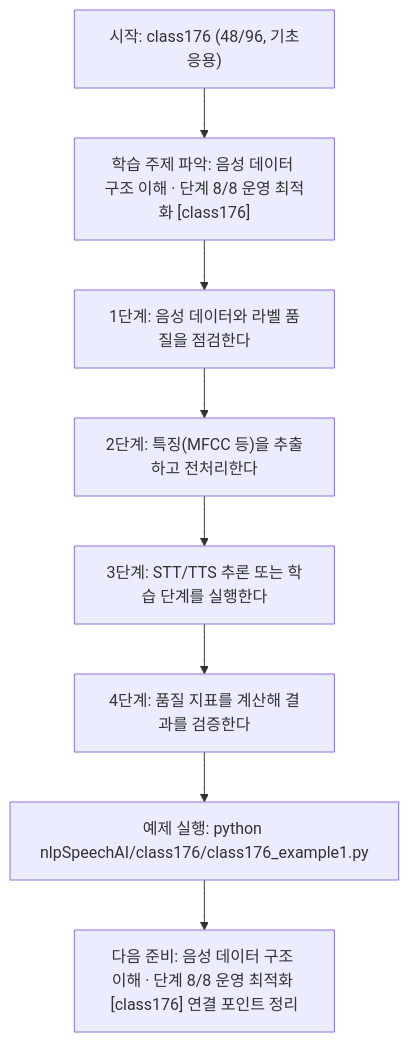
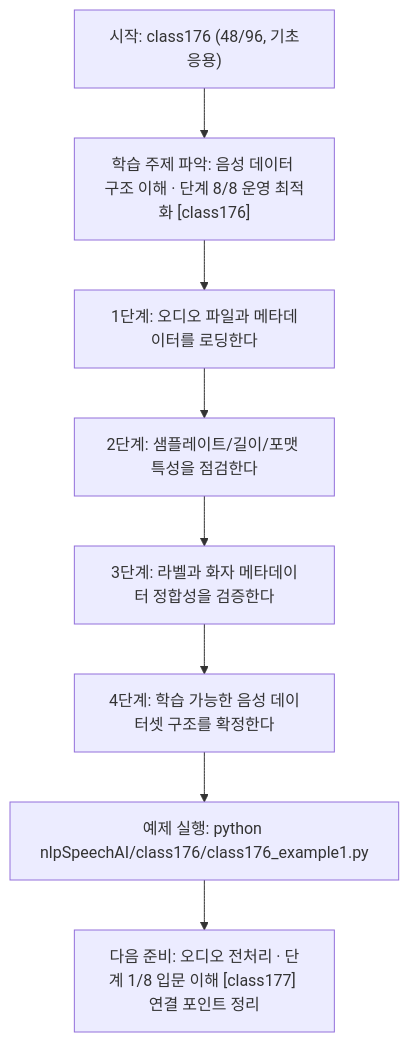
The diagram in nlpSpeechAI/class176/class176.md (edumgt/Python-AI_Agent-Class), drawn with Mermaid before and after one commit. The commit also changed other lines of this file and 1122 other files, not shown here.

````diff
--- a/nlpSpeechAI/class176/class176.md
+++ b/nlpSpeechAI/class176/class176.md
@@ -115,18 +95,18 @@
 ```mermaid
 flowchart TD
 N1["시작: class176 (48/96, 기초응용)"]
 N2["학습 주제 파악: 음성 데이터 구조 이해 · 단계 8/8 운영 최적화 [class176]"]
-N3["1단계: 음성 데이터와 라벨 품질을 점검한다"]
-N4["2단계: 특징(MFCC 등)을 추출하고 전처리한다"]
-N5["3단계: STT/TTS 추론 또는 학습 단계를 실행한다"]
-N6["4단계: 품질 지표를 계산해 결과를 검증한다"]
+N3["1단계: 오디오 파일과 메타데이터를 로딩한다"]
+N4["2단계: 샘플레이트/길이/포맷 특성을 점검한다"]
+N5["3단계: 라벨과 화자 메타데이터 정합성을 검증한다"]
+N6["4단계: 학습 가능한 음성 데이터셋 구조를 확정한다"]
 N7["예제 실행: python nlpSpeechAI/class176/class176_example1.py"]
-N8["다음 준비: 음성 데이터 구조 이해 · 단계 8/8 운영 최적화 [class176] 연결 포인트 정리"]
+N8["다음 준비: 오디오 전처리 · 단계 1/8 입문 이해 [class177] 연결 포인트 정리"]
 N1 --> N2
 N2 --> N3
 N3 --> N4
 N4 --> N5
 N5 --> N6
 N6 --> N7
 N7 --> N8
 ```
````
